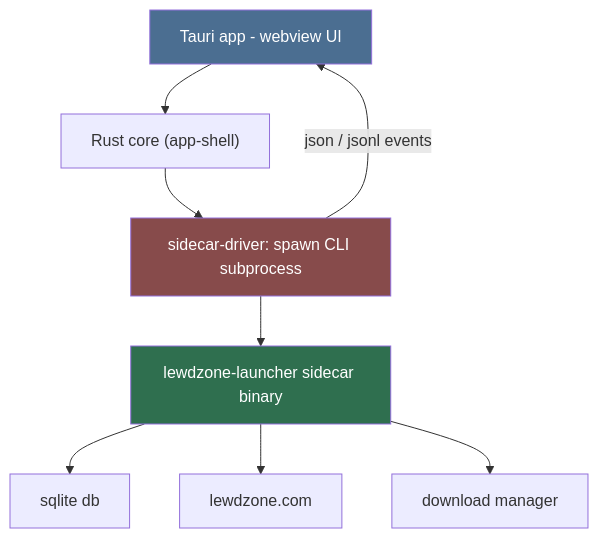
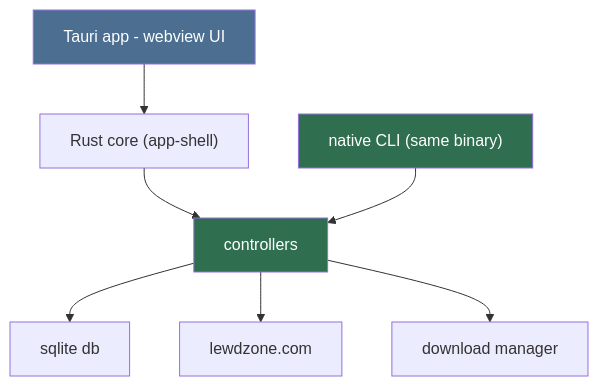
Before and after one commit to HELIX-Origin/LewdZone-Launcher: the first of 3 diagrams in .agents/agents/gui/gui.md, drawn with Mermaid. The commit also changed other lines of this file and 217 other files, not shown here.

````diff
--- a/.agents/agents/gui/gui.md
+++ b/.agents/agents/gui/gui.md
@@ -37,14 +38,13 @@
 ```mermaid
 flowchart TD
     APP["Tauri app - webview UI"] --> SH["Rust core (app-shell)"]
-    SH --> SD["sidecar-driver: spawn CLI subprocess"]
-    SD --> CLI["lewdzone-launcher sidecar binary"]
-    CLI --> SQL[""sqlite db""]
-    CLI --> SITE["lewdzone.com"]
-    CLI --> DM["download manager"]
-    SD -->|"json / jsonl events"| APP
+    SH --> CTL[controllers]
+    CTL --> SQL["sqlite db"]
+    CTL --> SITE["lewdzone.com"]
+    CTL --> DM["download manager"]
+    CLI["native CLI (same binary)"] --> CTL
 
     style APP fill:#4b6e91,color:#fff
+    style CTL fill:#2f6f4f,color:#fff
     style CLI fill:#2f6f4f,color:#fff
-    style SD fill:#874b4b,color:#fff
 ```
````
